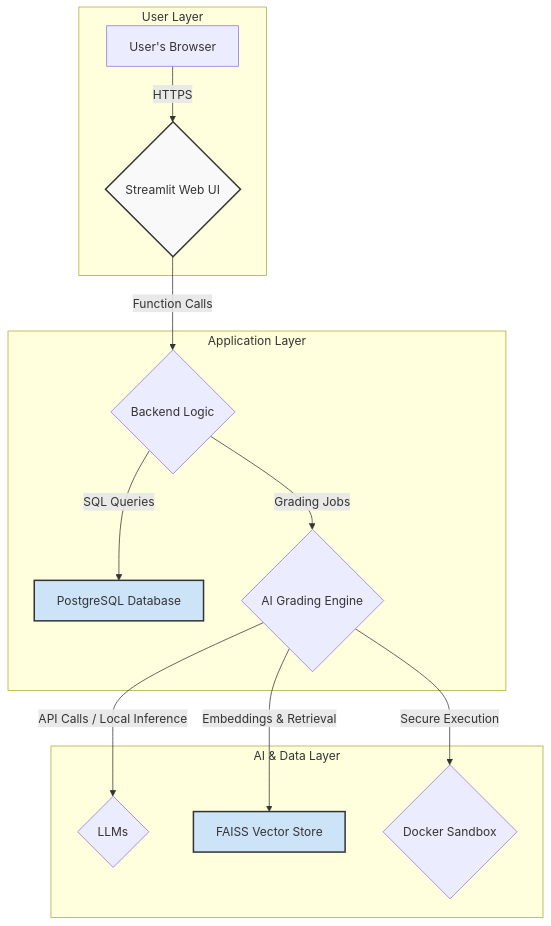
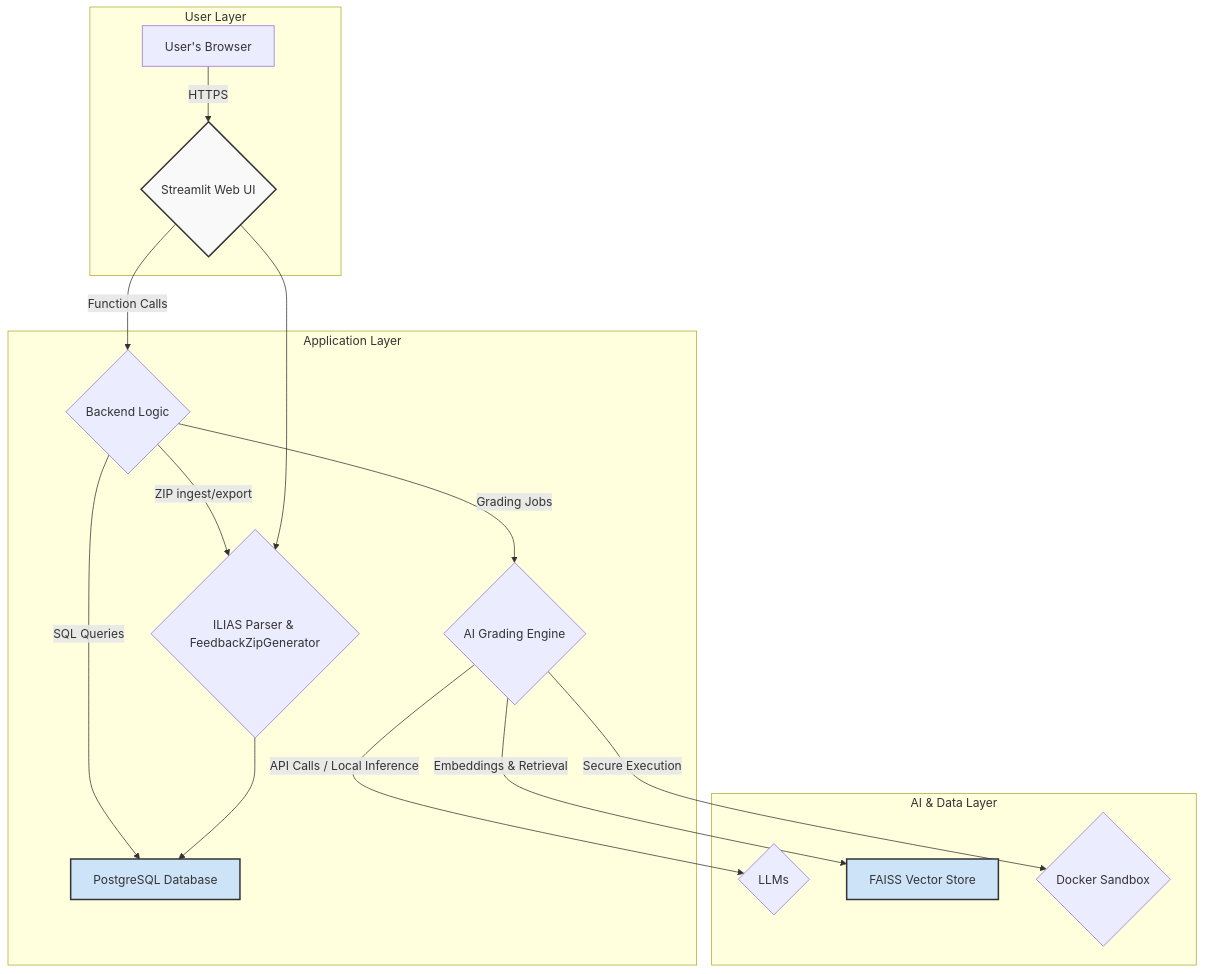
The first of 3 diagrams in project_docs/DESIGN.md (scriptedbyvedant/autograder_v2-main), drawn with Mermaid before and after one commit. The commit also changed other lines of this file and 3 other files, not shown here.

````diff
--- a/project_docs/DESIGN.md
+++ b/project_docs/DESIGN.md
@@ -16,22 +16,25 @@
 ```mermaid
 graph TD
     subgraph User Layer
         A[User's Browser] -->|HTTPS| B{Streamlit Web UI}
     end
 
     subgraph Application Layer
         B -->|Function Calls| C{Backend Logic}
         C -->|SQL Queries| D[PostgreSQL Database]
         C -->|Grading Jobs| E{AI Grading Engine}
+        C -->|ZIP ingest/export| I{ILIAS Parser & FeedbackZipGenerator}
+        I --> D
+        B --> I
     end
 
     subgraph AI & Data Layer
         E -->|API Calls / Local Inference| F{LLMs}
         E -->|Embeddings & Retrieval| G[FAISS Vector Store]
         E -->|Secure Execution| H{Docker Sandbox}
     end
 
     style B fill:#f9f9f9,stroke:#333,stroke-width:2px
     style D fill:#cde4f8,stroke:#333,stroke-width:2px
     style G fill:#cde4f8,stroke:#333,stroke-width:2px
 ```
````
